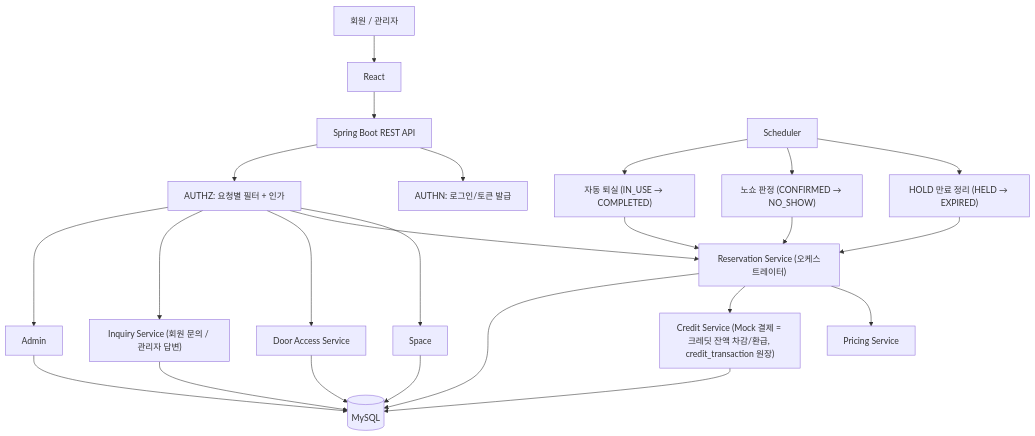
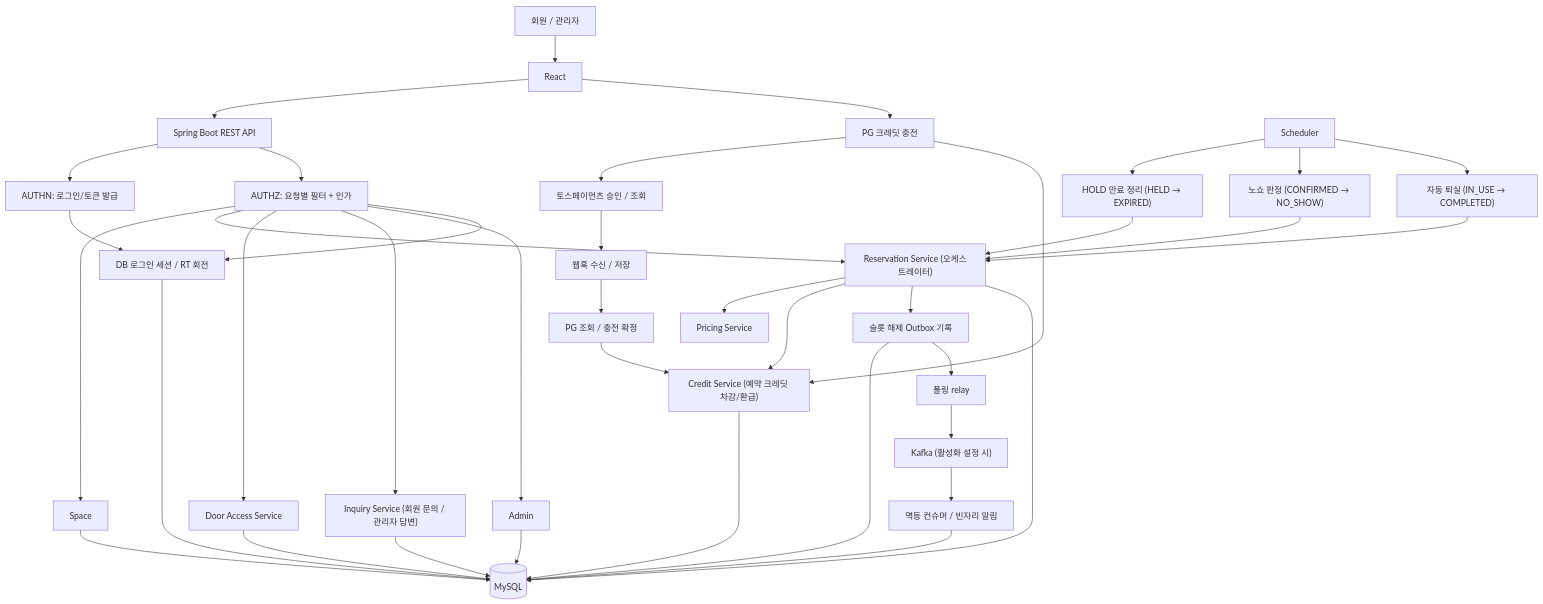
The diagram in docs/architecture/system-architecture.md (Lemnoideae/NBE12-14-2-OVENGERS), drawn with Mermaid before and after one commit. The commit also changed other lines of this file and 23 other files, not shown here.

````diff
--- a/docs/architecture/system-architecture.md
+++ b/docs/architecture/system-architecture.md
@@ -30,29 +32,44 @@
 ```mermaid
 flowchart TD
     USER["회원 / 관리자"] --> FE["React"]
     FE --> API["Spring Boot REST API"]
 
     API --> AUTHN["AUTHN: 로그인/토큰 발급"]
     API --> AUTHZ["AUTHZ: 요청별 필터 + 인가"]
     AUTHZ --> SPACE["Space"]
     AUTHZ --> RES["Reservation Service (오케스트레이터)"]
     AUTHZ --> ACCESS["Door Access Service"]
     AUTHZ --> INQUIRY["Inquiry Service (회원 문의 / 관리자 답변)"]
     AUTHZ --> ADMIN["Admin"]
 
     RES --> PRICING["Pricing Service"]
-    RES --> CREDIT["Credit Service (Mock 결제 = 크레딧 잔액 차감/환급, credit_transaction 원장)"]
+    RES --> CREDIT["Credit Service (예약 크레딧 차감/환급)"]
+    AUTHN --> SESSION["DB 로그인 세션 / RT 회전"]
+    AUTHZ --> SESSION
+    SESSION --> DB
+    FE --> CHARGE["PG 크레딧 충전"]
+    CHARGE --> PG["토스페이먼츠 승인 / 조회"]
+    PG --> WEBHOOK["웹훅 수신 / 저장"]
+    WEBHOOK --> RECOVERY["PG 조회 / 충전 확정"]
+    RECOVERY --> CREDIT
+    CHARGE --> CREDIT
+    RES --> OUTBOX["슬롯 해제 Outbox 기록"]
+    OUTBOX --> DB
+    OUTBOX --> RELAY["폴링 relay"]
+    RELAY --> KAFKA["Kafka (활성화 설정 시)"]
+    KAFKA --> NOTIFY["멱등 컨슈머 / 빈자리 알림"]
+    NOTIFY --> DB
     SCHED["Scheduler"] --> JOB1["HOLD 만료 정리 (HELD → EXPIRED)"]
     SCHED --> JOB2["노쇼 판정 (CONFIRMED → NO_SHOW)"]
     SCHED --> JOB3["자동 퇴실 (IN_USE → COMPLETED)"]
     JOB1 --> RES
     JOB2 --> RES
     JOB3 --> RES
 
     SPACE --> DB[("MySQL")]
     RES --> DB
     CREDIT --> DB
     ACCESS --> DB
     INQUIRY --> DB
     ADMIN --> DB
 ```
````
